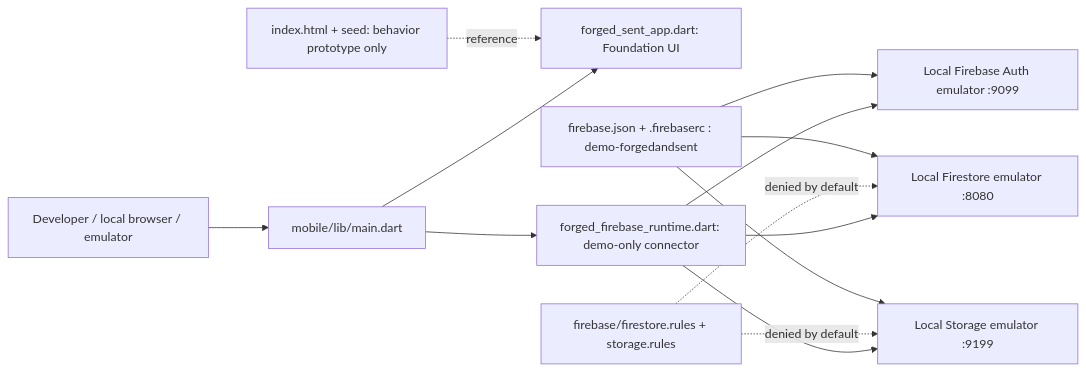
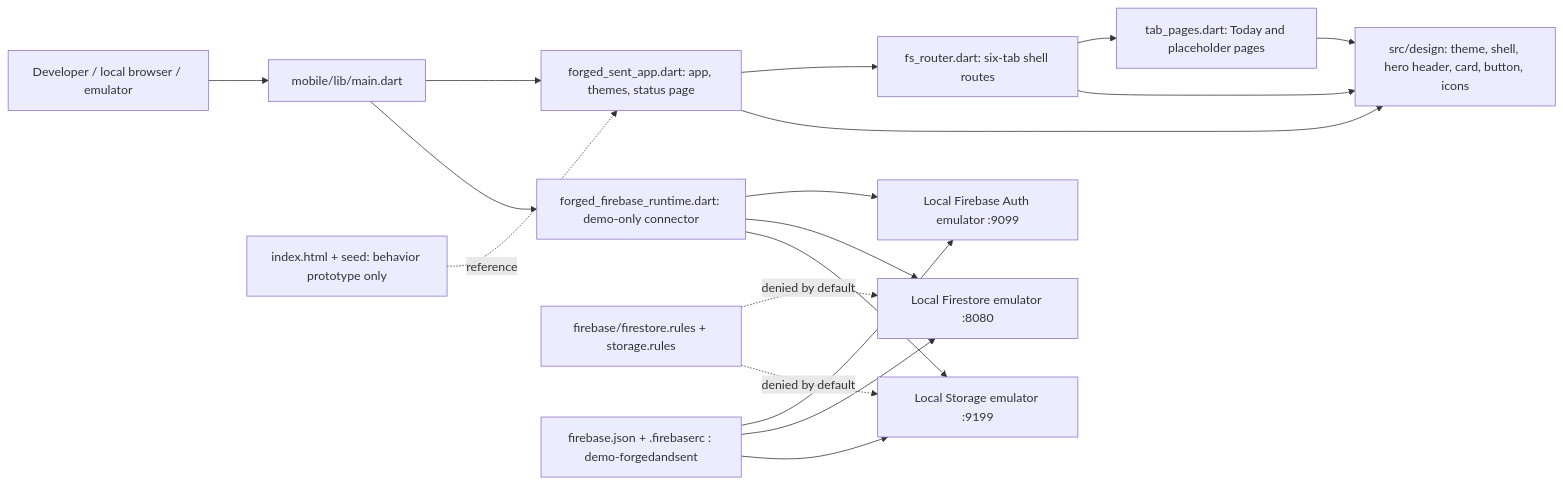
The first of 3 diagrams in docs/architecture/SYSTEM.md (Forged-Sent/ForgedAndSentFitness), drawn with Mermaid before and after one commit. The commit also changed other lines of this file and 55 other files, not shown here.

Commit message:
S0: design foundation and six-tab shell (P04) (#64)

````diff
--- a/docs/architecture/SYSTEM.md
+++ b/docs/architecture/SYSTEM.md
@@ -7,15 +7,20 @@
 ```mermaid
 flowchart LR
     Person[Developer / local browser / emulator] --> Entry[mobile/lib/main.dart]
-    Entry --> UI[forged_sent_app.dart: Foundation UI]
+    Entry --> UI[forged_sent_app.dart: app, themes, status page]
+    UI --> Router[fs_router.dart: six-tab shell routes]
+    Router --> Pages[tab_pages.dart: Today and placeholder pages]
+    UI --> Design[src/design: theme, shell, hero header, card, button, icons]
+    Router --> Design
+    Pages --> Design
     Entry --> Runtime[forged_firebase_runtime.dart: demo-only connector]
     Runtime --> Auth[Local Firebase Auth emulator :9099]
     Runtime --> DB[Local Firestore emulator :8080]
     Runtime --> Store[Local Storage emulator :9199]
     Rules[firebase/firestore.rules + storage.rules] -. denied by default .-> DB
     Rules -. denied by default .-> Store
     Demo[firebase.json + .firebaserc : demo-forgedandsent] --> Auth
     Demo --> DB
     Demo --> Store
     Legacy[index.html + seed: behavior prototype only] -. reference .-> UI
 ```
````
